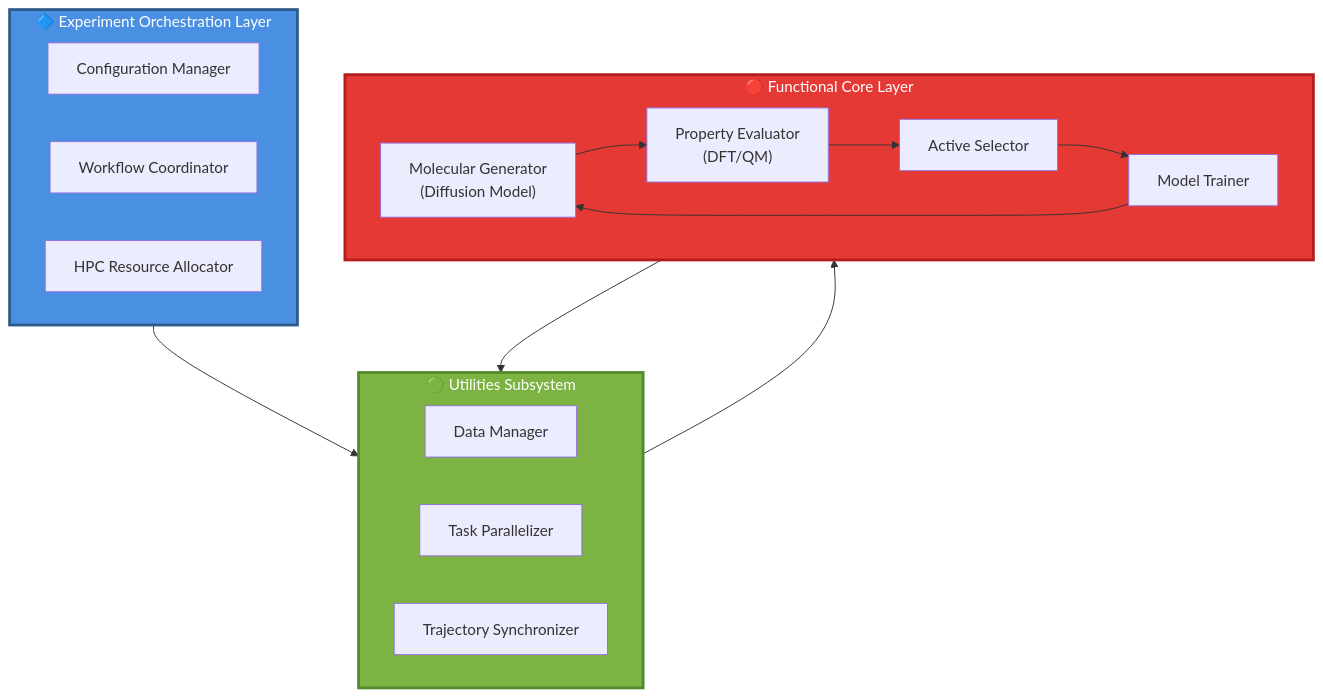
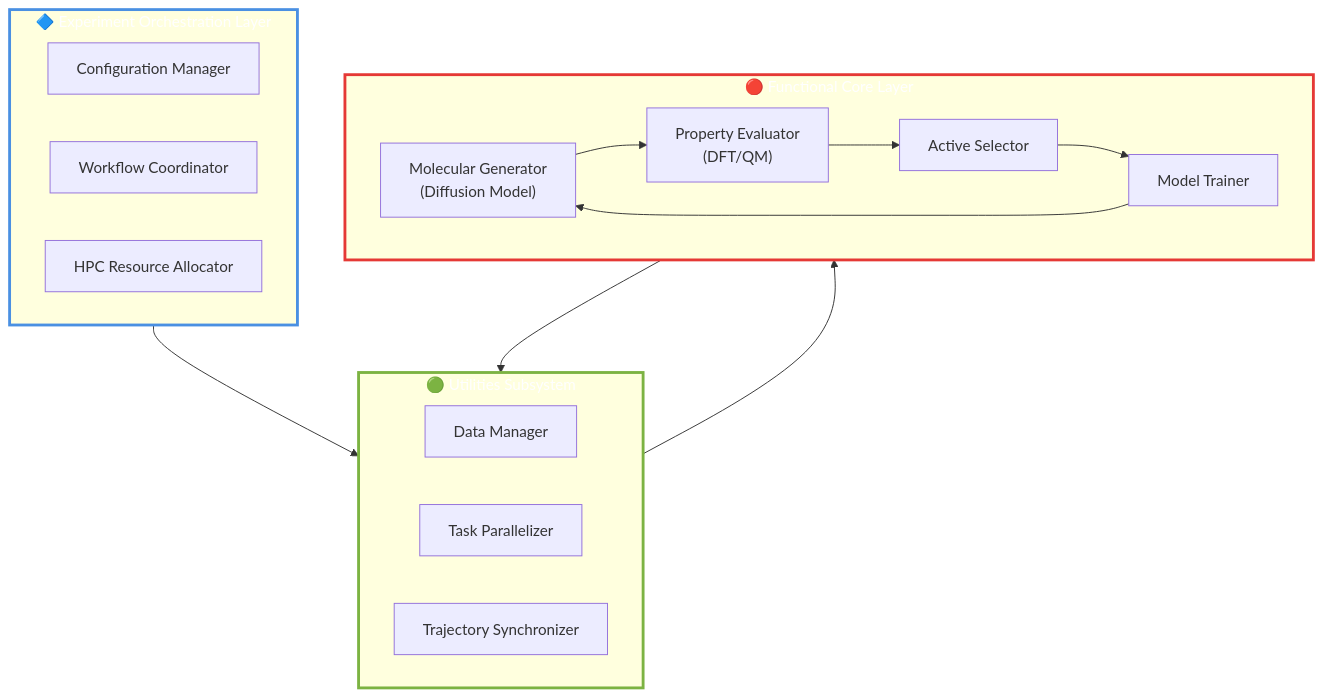
Before and after one commit to lmedranos/qalpa: the second of 2 diagrams in README.md, drawn with Mermaid. The commit also changed other lines of this file, not shown here.

````diff
--- a/README.md
+++ b/README.md
@@ -99,34 +99,34 @@
 ```mermaid
 graph TB
     subgraph orchestration["🔷 Experiment Orchestration Layer"]
         config["Configuration Manager"]
         workflow["Workflow Coordinator"]
         hpc["HPC Resource Allocator"]
     end
     
     subgraph utilities["🟢 Utilities Subsystem"]
         data["Data Manager"]
         parallel["Task Parallelizer"]
         sync["Trajectory Synchronizer"]
     end
     
     subgraph functional["🔴 Functional Core Layer"]
         gen["Molecular Generator<br/>(Diffusion Model)"]
         eval["Property Evaluator<br/>(DFT/QM)"]
         select["Active Selector"]
         train["Model Trainer"]
     end
     
     orchestration --> utilities
     utilities --> functional
     functional --> utilities
     
     gen --> eval
     eval --> select
     select --> train
     train --> gen
     
-    style orchestration fill:#4A90E2,stroke:#2E5C8A,stroke-width:3px,color:#fff
-    style utilities fill:#7CB342,stroke:#558B2F,stroke-width: 3px,color:#fff
-    style functional fill:#E53935,stroke:#B71C1C,stroke-width:3px,color:#fff
+    style orchestration stroke:#4A90E2,stroke-width:3px,color:#fff
+    style utilities stroke:#7CB342,stroke-width: 3px,color:#fff
+    style functional stroke:#E53935,stroke-width:3px,color:#fff
 ```
````
